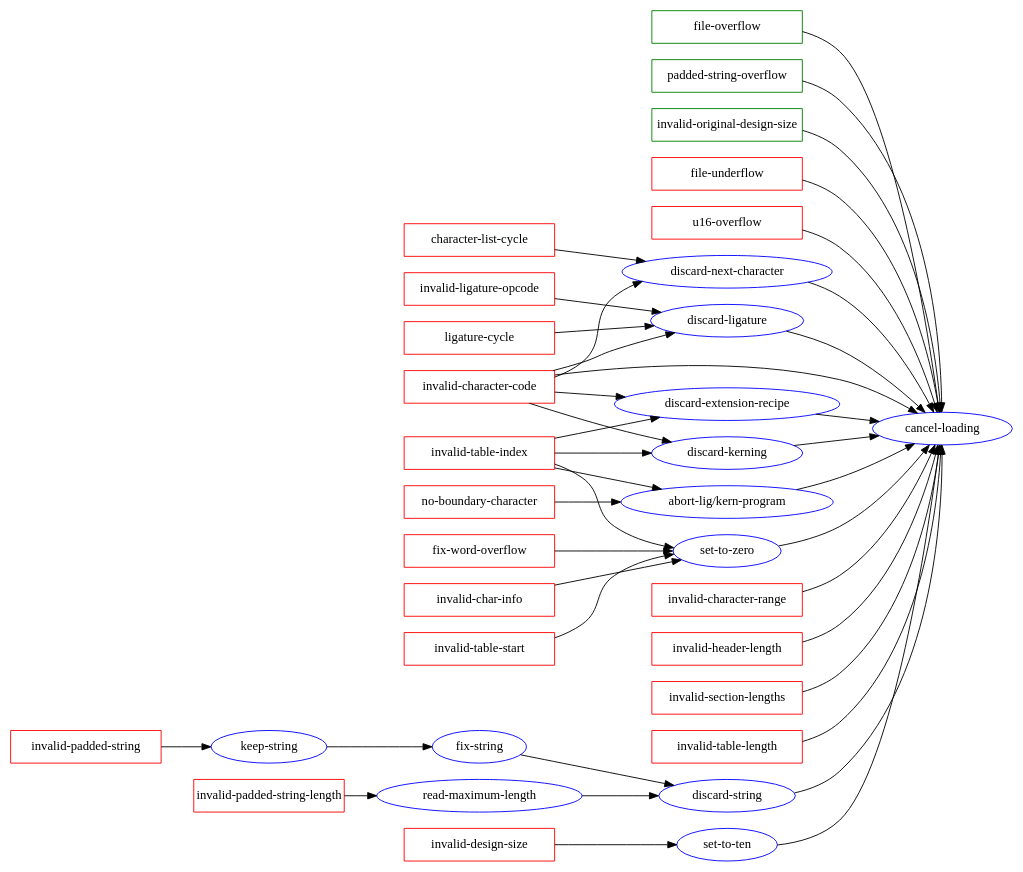
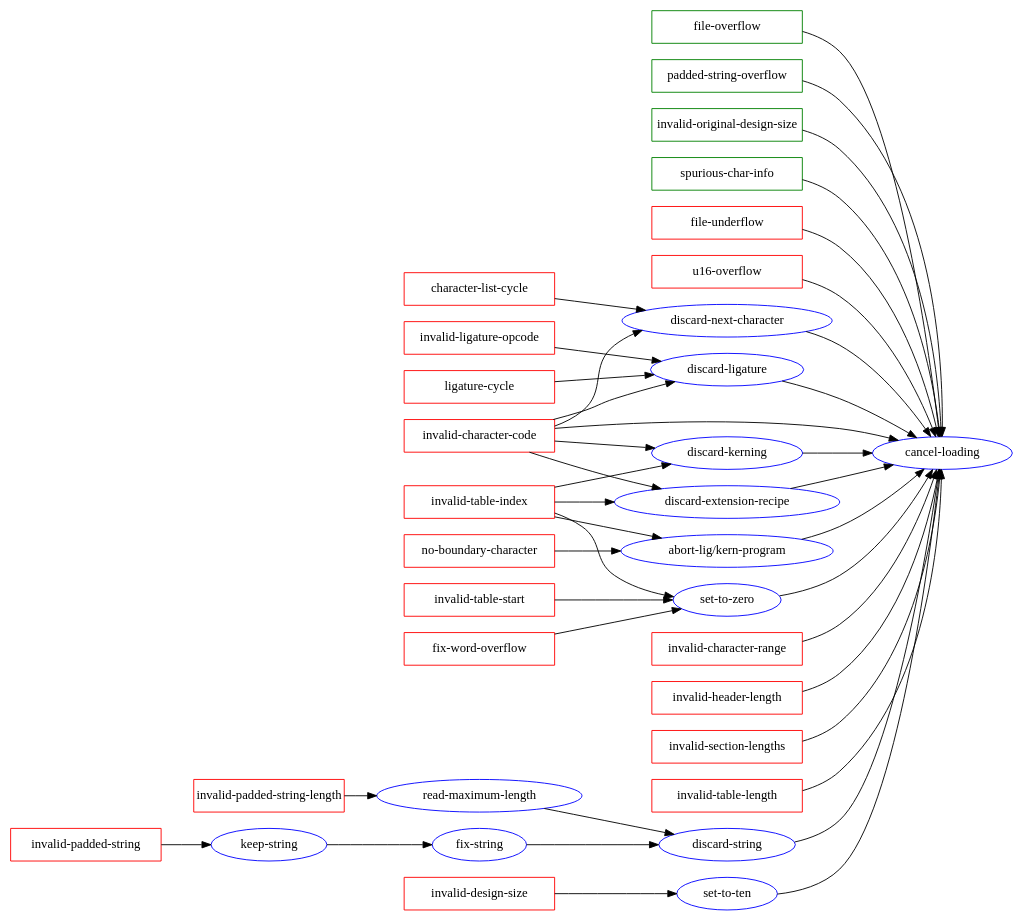
The diagram in doc/conditions.dot (didierverna/tfm), drawn with Graphviz before and after one commit. The commit also changed 3 other files, not shown here.

First line of the commit message:
Only warn about dubious char-info entries.

```diff
--- a/doc/conditions.dot
+++ b/doc/conditions.dot
@@ -1,48 +1,48 @@
 strict digraph {
   rankdir=LR;
   node [shape=ellipse color=blue]
 
 
 
-  "file-overflow" [shape=box color=green fixedsize=true width=2.3]
-  "padded-string-overflow" [shape=box color=green fixedsize=true width=2.3]
-  "invalid-original-design-size" [shape=box color=green fixedsize=true width=2.3]
+  "file-overflow", "padded-string-overflow", "invalid-original-design-size",
+  "spurious-char-info"
+  [shape=box color=green fixedsize=true width=2.3]
 
   "character-list-cycle", "file-underflow", "u16-overflow",
-  "fix-word-overflow", "invalid-padded-string", "invalid-char-info",
+  "fix-word-overflow", "invalid-padded-string",
   "invalid-character-code", "invalid-character-range", "invalid-design-size",
   "invalid-header-length", "invalid-ligature-opcode",
   "invalid-section-lengths", "invalid-padded-string-length", "invalid-table-index",
   "invalid-table-length", "invalid-table-start", "ligature-cycle",
   "no-boundary-character"
   [shape=box color=red fixedsize=true width=2.3]
 
   "file-overflow" -> "cancel-loading";
   "invalid-original-design-size" -> "cancel-loading";
   "file-underflow" -> "cancel-loading";
   "u16-overflow" -> "cancel-loading";
   "invalid-header-length" -> "cancel-loading";
   "invalid-section-lengths" -> "cancel-loading";
   "invalid-table-length" -> "cancel-loading";
   "invalid-character-range" -> "cancel-loading";
   "character-list-cycle" -> "discard-next-character" -> "cancel-loading";
   "fix-word-overflow" -> "set-to-zero" -> "cancel-loading";
   "invalid-padded-string" -> "keep-string" -> "fix-string" -> "discard-string" -> "cancel-loading";
   "invalid-padded-string-length" -> "read-maximum-length" -> "discard-string" -> "cancel-loading";
   "padded-string-overflow" -> "cancel-loading";
-"invalid-char-info" -> "set-to-zero" -> "cancel-loading";
+  "spurious-char-info" -> "cancel-loading";
   "invalid-character-code" -> "cancel-loading";
   "invalid-character-code" -> "discard-extension-recipe" -> "cancel-loading";
   "invalid-character-code" -> "discard-kerning" -> "cancel-loading";
   "invalid-character-code" -> "discard-ligature" -> "cancel-loading";
   "invalid-character-code" -> "discard-next-character" -> "cancel-loading";
   "no-boundary-character" -> "abort-lig/kern-program" -> "cancel-loading";
   "invalid-design-size" -> "set-to-ten" -> "cancel-loading";
   "invalid-ligature-opcode" -> "discard-ligature" -> "cancel-loading";
   "invalid-table-index" -> "abort-lig/kern-program" -> "cancel-loading";
   "invalid-table-index" -> "discard-extension-recipe" -> "cancel-loading";
   "invalid-table-index" -> "discard-kerning" -> "cancel-loading";
   "invalid-table-index" -> "set-to-zero" -> "cancel-loading";
   "invalid-table-start" -> "set-to-zero" -> "cancel-loading";
   "ligature-cycle" -> "discard-ligature" -> "cancel-loading";
 }
```
